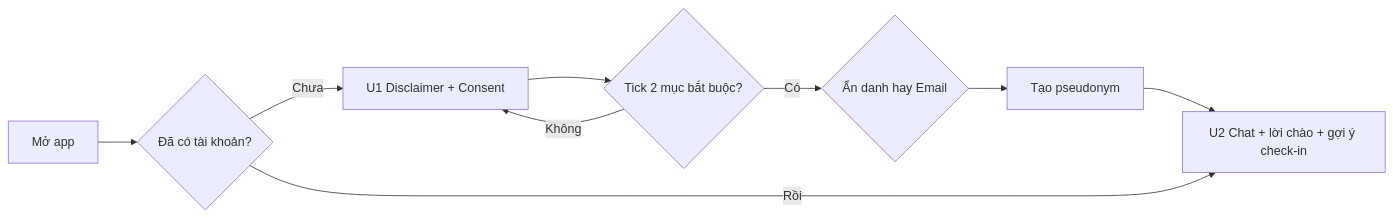
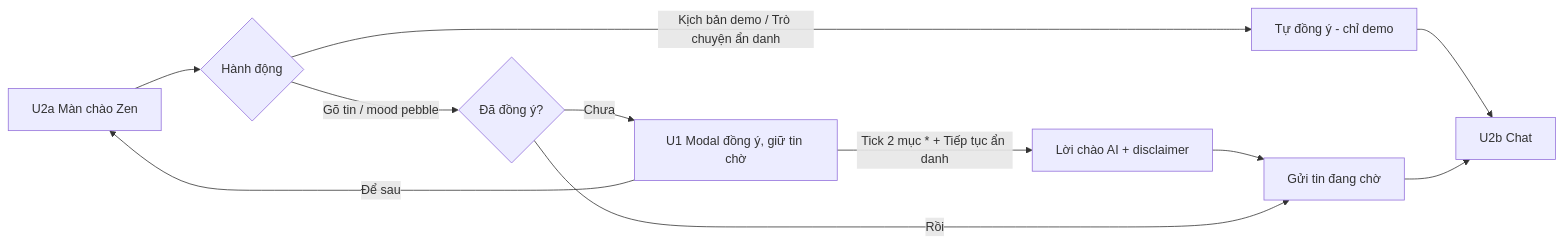
One commit to Quangvu256/demo-buildphase changed the second of 6 diagrams in docs/03-WIREFRAME-UI-FLOW.md. Above: the diagram before and after it, drawn with Mermaid. The commit also changed other lines of this file and 2 other files, not shown here.

````diff
--- a/docs/03-WIREFRAME-UI-FLOW.md
+++ b/docs/03-WIREFRAME-UI-FLOW.md
@@ -309,11 +444,12 @@
 ```mermaid
 flowchart LR
-  A[Mở app] --> B{Đã có tài khoản?}
-  B -- Chưa --> C[U1 Disclaimer + Consent]
-  C --> D{Tick 2 mục bắt buộc?}
-  D -- Không --> C
-  D -- Có --> E{Ẩn danh hay Email}
-  E --> F[Tạo pseudonym]
-  F --> G[U2 Chat + lời chào + gợi ý check-in]
-  B -- Rồi --> G
+  A[U2a Màn chào Zen] --> B{Hành động}
+  B -- Gõ tin / mood pebble --> C{Đã đồng ý?}
+  B -- Kịch bản demo / Trò chuyện ẩn danh --> AUTO[Tự đồng ý - chỉ demo] --> G
+  C -- Chưa --> D[U1 Modal đồng ý, giữ tin chờ]
+  D -- Để sau --> A
+  D -- Tick 2 mục * + Tiếp tục ẩn danh --> E[Lời chào AI + disclaimer]
+  E --> F[Gửi tin đang chờ]
+  C -- Rồi --> F
+  F --> G[U2b Chat]
 ```
````
